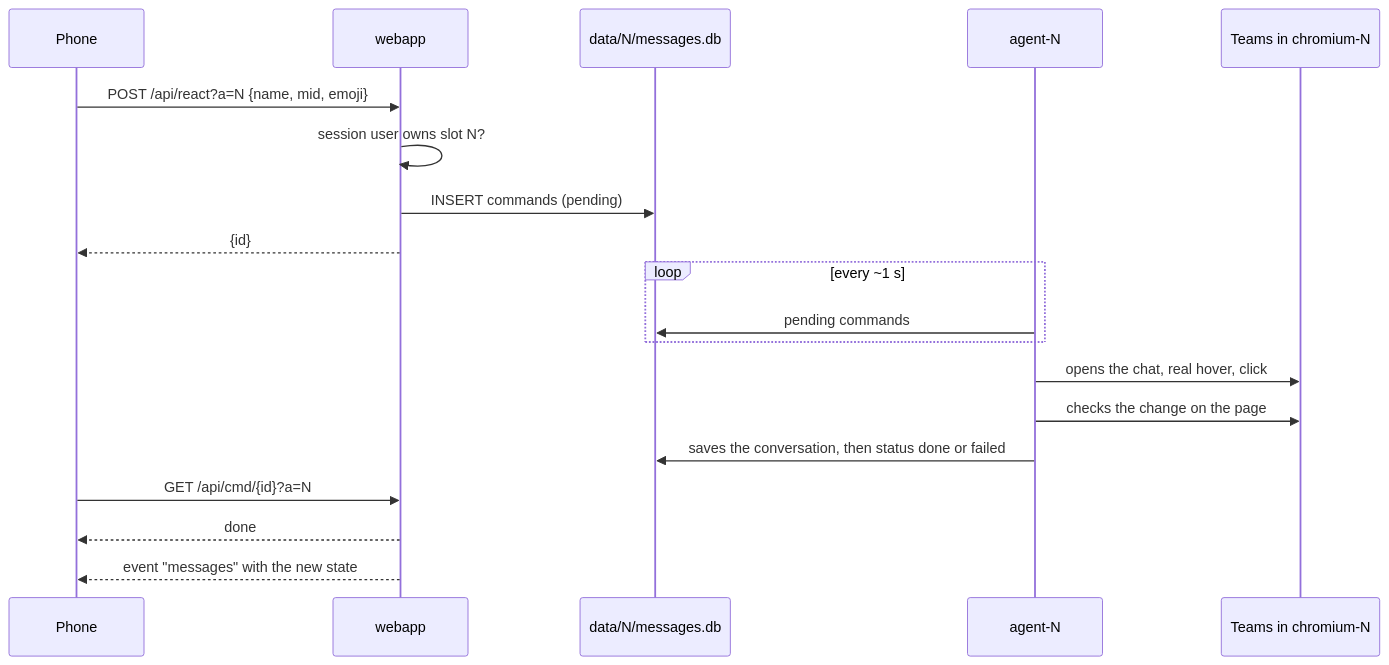
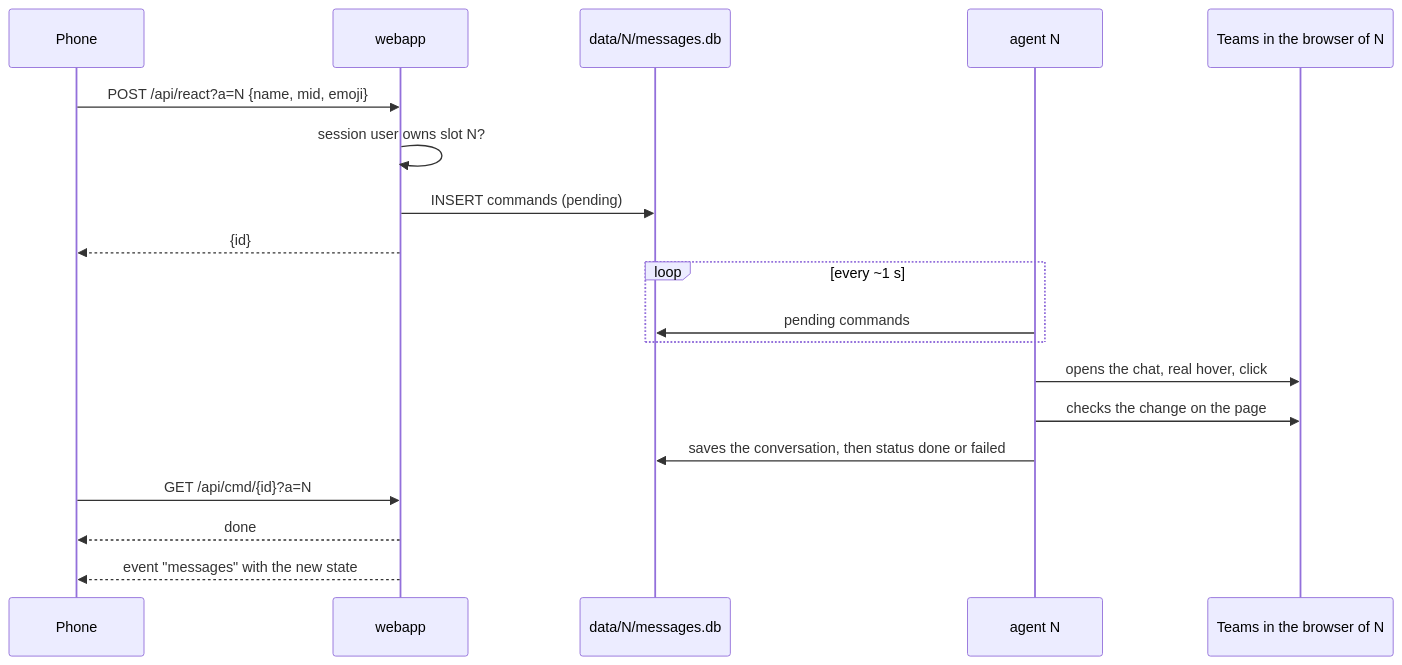
The diagram in docs/architecture.md (Aptul9/teamsrelay), drawn with Mermaid before and after one commit. The commit also changed other lines of this file and 8 other files, not shown here.

````diff
--- a/docs/architecture.md
+++ b/docs/architecture.md
@@ -24,21 +25,21 @@
 ```mermaid
 sequenceDiagram
   participant P as Phone
   participant W as webapp
   participant D as data/N/messages.db
-  participant A as agent-N
-  participant C as Teams in chromium-N
+  participant A as agent N
+  participant C as Teams in the browser of N
   P->>W: POST /api/react?a=N {name, mid, emoji}
   W->>W: session user owns slot N?
   W->>D: INSERT commands (pending)
   W-->>P: {id}
   loop every ~1 s
     A->>D: pending commands
   end
   A->>C: opens the chat, real hover, click
   A->>C: checks the change on the page
   A->>D: saves the conversation, then status done or failed
   P->>W: GET /api/cmd/{id}?a=N
   W-->>P: done
   W-->>P: event "messages" with the new state
 ```
````
